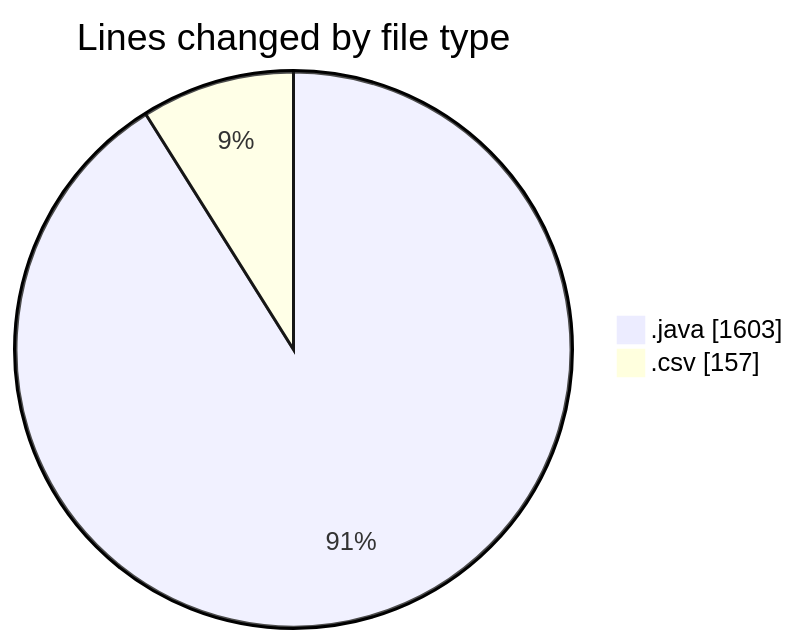
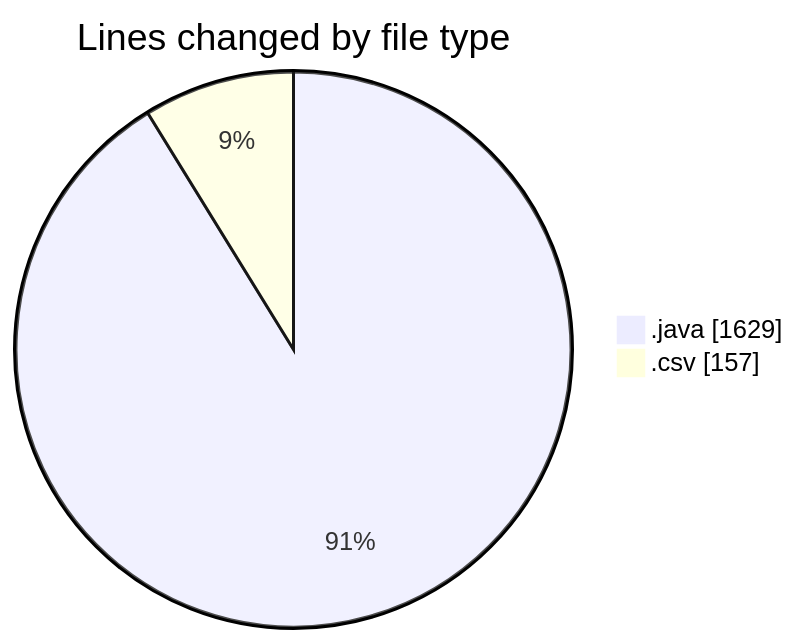
Before and after one commit to ricardozamudiocil/code-tracking: the first of 2 diagrams in 2026-03-24/cilapp/README.md, drawn with Mermaid. The commit also changed other lines of this file and 1 other file, not shown here.

````diff
--- a/2026-03-24/cilapp/README.md
+++ b/2026-03-24/cilapp/README.md
@@ -25,6 +25,6 @@
 ```mermaid
 pie showData
 title Lines changed by file type
-".java" : 1603
+".java" : 1629
 ".csv" : 157
 ```
````
